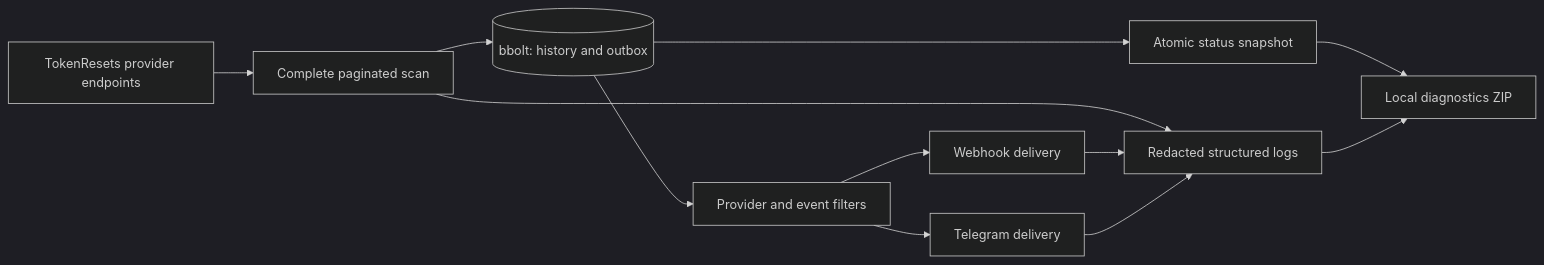
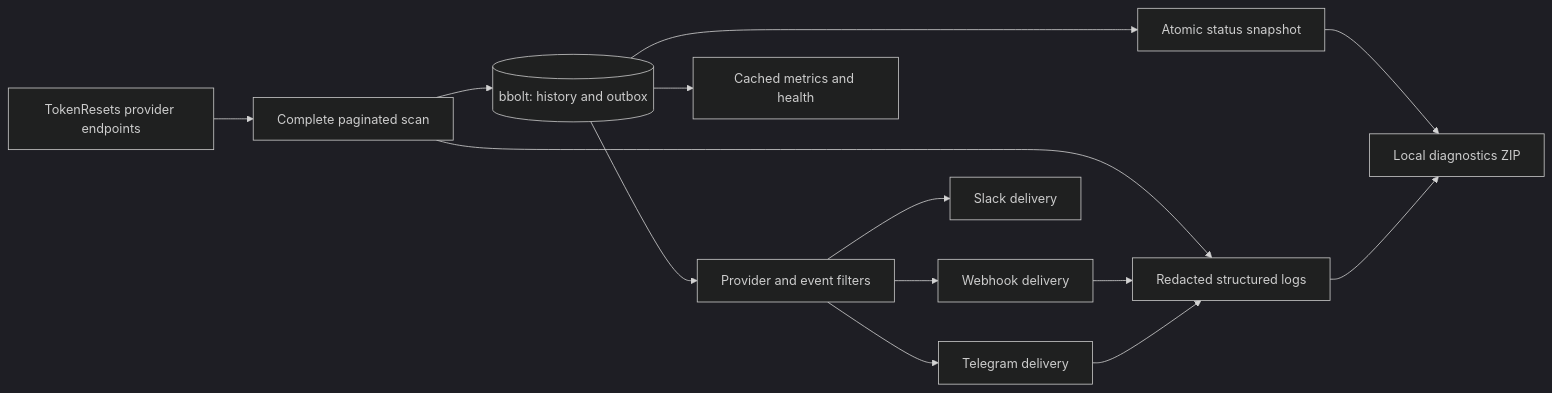
Before and after one commit to DKPlugins/TokenResetsMonitor: the diagram in docs/architecture.md, drawn with Mermaid (dark theme). The commit also changed other lines of this file and 94 other files, not shown here.

````diff
--- a/docs/architecture.md
+++ b/docs/architecture.md
@@ -5,14 +5,16 @@
 ```mermaid
 flowchart LR
     API[TokenResets provider endpoints] --> Scan[Complete paginated scan]
     Scan --> State[(bbolt: history and outbox)]
     State --> Filters[Provider and event filters]
     Filters --> Webhook[Webhook delivery]
     Filters --> Telegram[Telegram delivery]
+    Filters --> Slack[Slack delivery]
+    State --> Health[Cached metrics and health]
     Scan --> Logs[Redacted structured logs]
     Webhook --> Logs
     Telegram --> Logs
     State --> Snapshot[Atomic status snapshot]
     Snapshot --> Export[Local diagnostics ZIP]
     Logs --> Export
 ```
````
